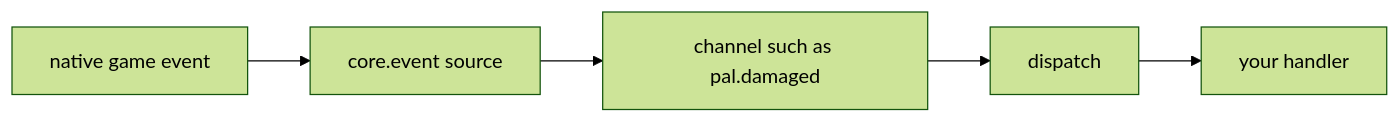
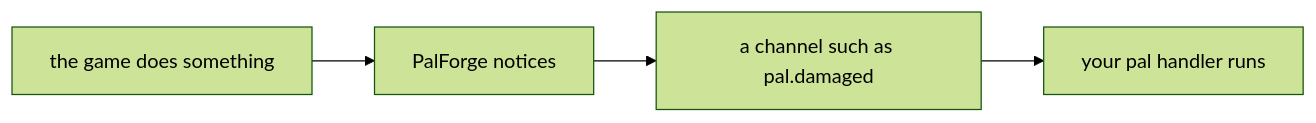
Before and after one commit to dr-mikan/PalForge: the first of 4 diagrams in docs/content/docs/api/skill.ja.mdx, drawn with Mermaid (forest theme). The commit also changed other lines of this file and 84 other files, not shown here.

````diff
--- a/docs/content/docs/api/skill.ja.mdx
+++ b/docs/content/docs/api/skill.ja.mdx
@@ -36,7 +41,6 @@
 ```mermaid
 flowchart LR
-  A["native game event"] --> B["core.event source"]
-  B --> C["channel such as pal.damaged"]
-  C --> D["dispatch"]
-  D --> E["your handler"]
+  A["the game does something"] --> B["PalForge notices"]
+  B --> C["a channel such as pal.damaged"]
+  C --> D["your pal handler runs"]
 ```
````
